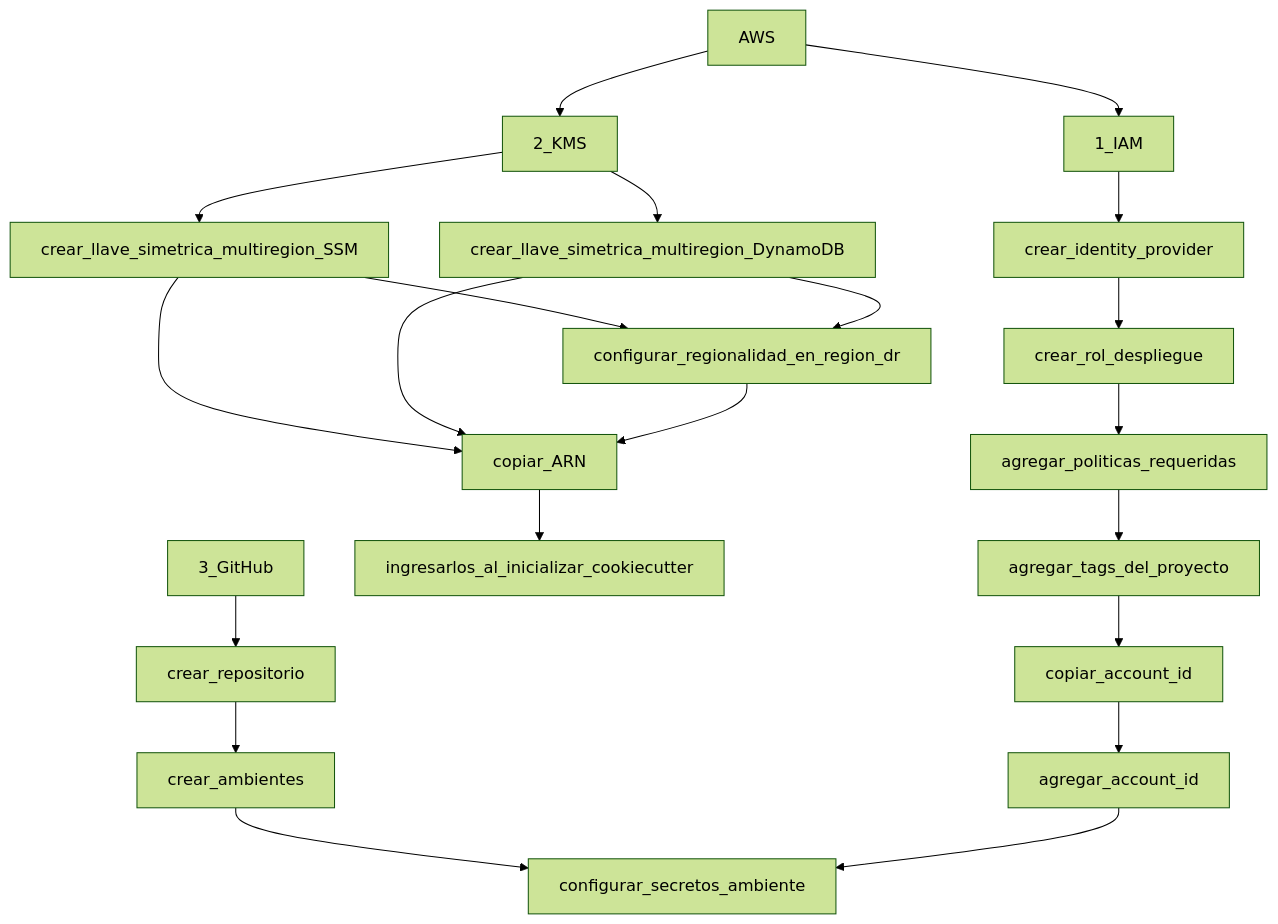
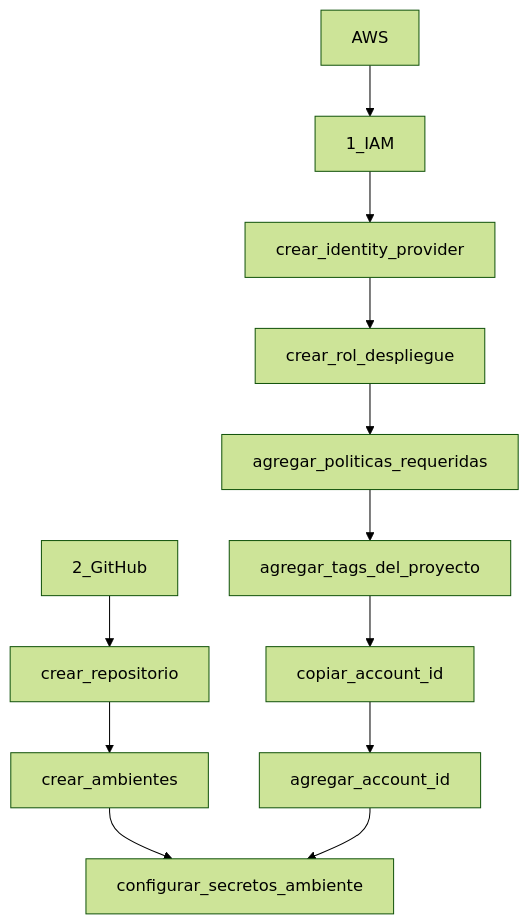
One commit to spsmexico/aws_sam_github_quickstart_template changed the diagram in README.md. Above: the diagram before and after it, drawn with Mermaid (forest theme). The commit also changed other lines of this file and 3 other files, not shown here.

````diff
--- a/README.md
+++ b/README.md
@@ -237,28 +175,18 @@
 ```mermaid
   graph TD;
 
 
       AWS-->1_IAM;
       1_IAM-->crear_identity_provider;
       crear_identity_provider-->crear_rol_despliegue;
       crear_rol_despliegue-->agregar_politicas_requeridas;
       agregar_politicas_requeridas-->agregar_tags_del_proyecto;
       agregar_tags_del_proyecto-->copiar_account_id;
-      copiar_account_id-->agregar_account_id;
+      copiar_account_id-->agregar_account_id; 
 
-      AWS-->2_KMS;
-      2_KMS-->crear_llave_simetrica_multiregion_SSM;
-      crear_llave_simetrica_multiregion_SSM-->copiar_ARN;
-      2_KMS-->crear_llave_simetrica_multiregion_DynamoDB;
-      crear_llave_simetrica_multiregion_DynamoDB-->copiar_ARN;
-      crear_llave_simetrica_multiregion_SSM-->configurar_regionalidad_en_region_dr;
-      crear_llave_simetrica_multiregion_DynamoDB-->configurar_regionalidad_en_region_dr;
-      configurar_regionalidad_en_region_dr-->copiar_ARN;
-      copiar_ARN-->ingresarlos_al_inicializar_cookiecutter;    
-
-      3_GitHub-->crear_repositorio;
+      2_GitHub-->crear_repositorio;
       crear_repositorio-->crear_ambientes;
       crear_ambientes-->configurar_secretos_ambiente;
       agregar_account_id-->configurar_secretos_ambiente;
                 
 ```
````
